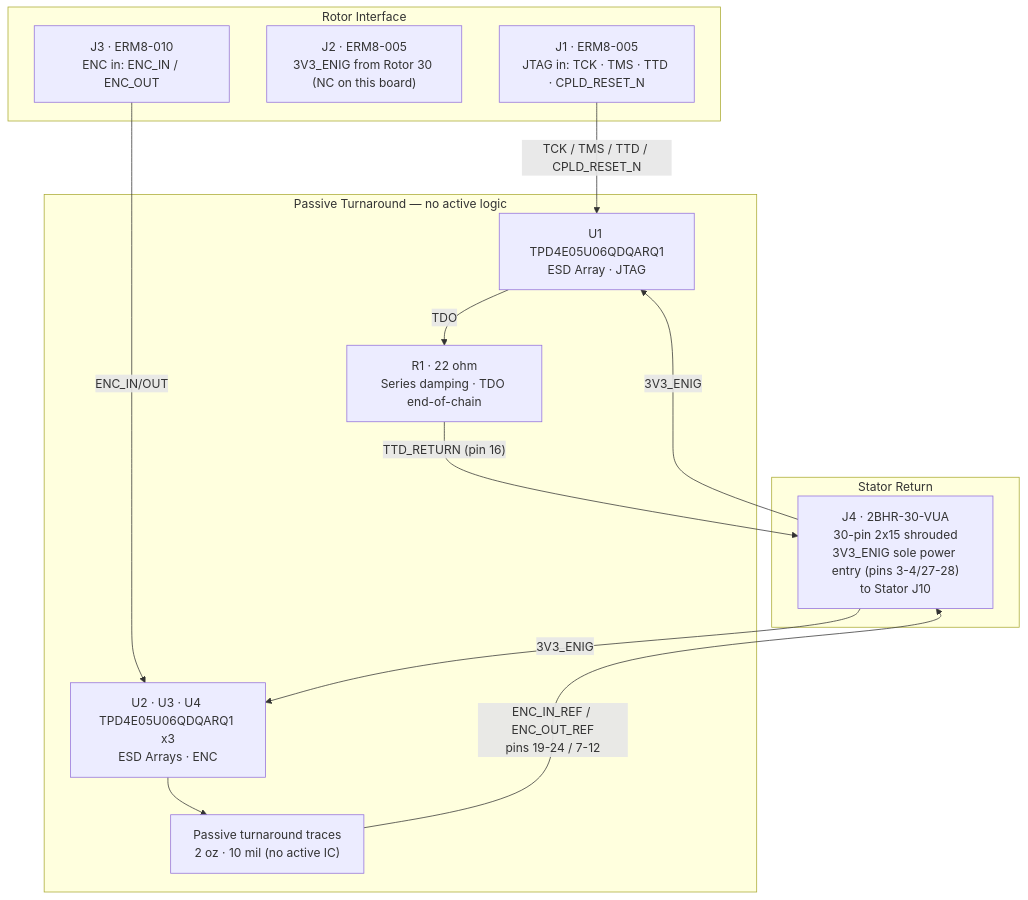
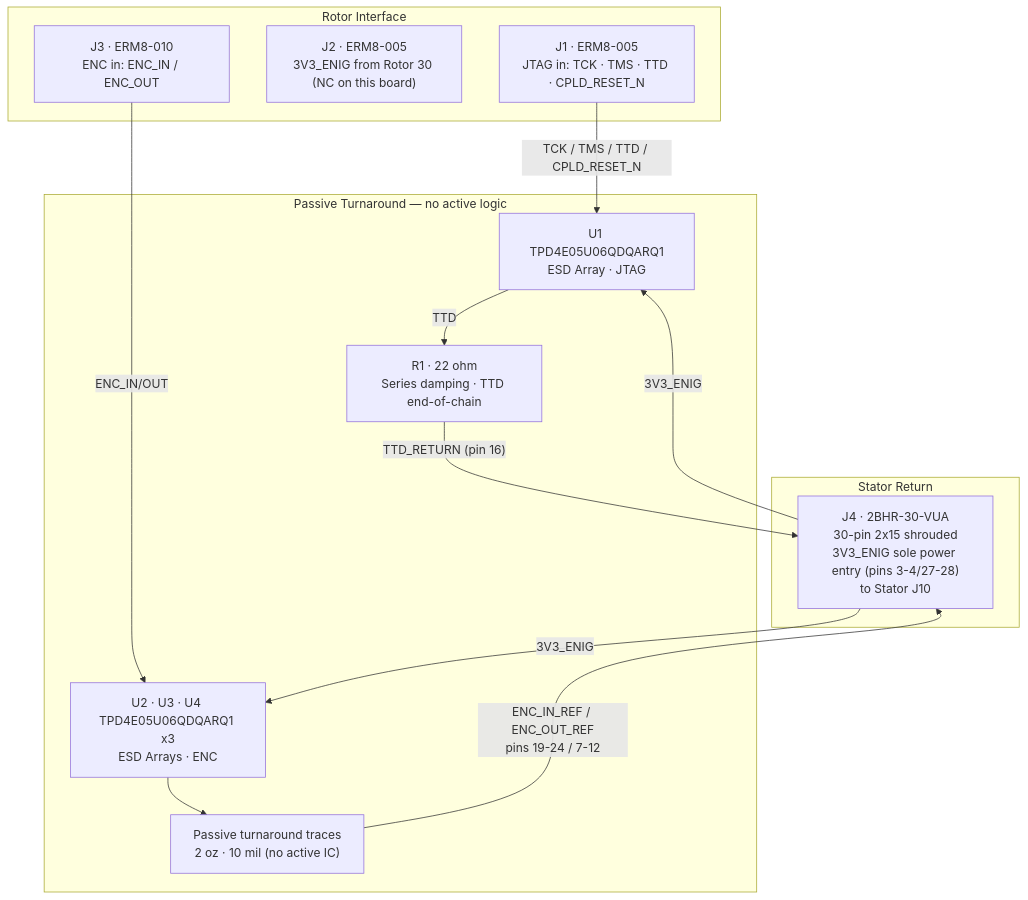
The diagram in design/Electronics/Reflector/Design_Spec.md (thepinkmile/Enigma-2026-AI), drawn with Mermaid before and after one commit. The commit also changed other lines of this file and 22 other files, not shown here.

````diff
--- a/design/Electronics/Reflector/Design_Spec.md
+++ b/design/Electronics/Reflector/Design_Spec.md
@@ -44,28 +44,28 @@
 ```mermaid
 flowchart TD
   subgraph RI["Rotor Interface"]
     J1["J1 · ERM8-005<br>JTAG in: TCK · TMS · TTD · CPLD_RESET_N"]
     J2["J2 · ERM8-005<br>3V3_ENIG from Rotor 30 (NC on this board)"]
     J3["J3 · ERM8-010<br>ENC in: ENC_IN / ENC_OUT"]
   end
 
   subgraph PT["Passive Turnaround — no active logic"]
     U1["U1 TPD4E05U06QDQARQ1<br>ESD Array · JTAG"]
-    R1["R1 · 22 ohm<br>Series damping · TDO end-of-chain"]
+    R1["R1 · 22 ohm<br>Series damping · TTD end-of-chain"]
     U2U4["U2 · U3 · U4 TPD4E05U06QDQARQ1 x3<br>ESD Arrays · ENC"]
     TT["Passive turnaround traces<br>2 oz · 10 mil (no active IC)"]
   end
 
   subgraph SR["Stator Return"]
     J4["J4 · 2BHR-30-VUA<br>30-pin 2x15 shrouded<br>3V3_ENIG sole power entry (pins 3-4/27-28)<br>to Stator J10"]
   end
 
   J1 -- "TCK / TMS / TTD / CPLD_RESET_N" --> U1
-  U1 -- "TDO" --> R1
+  U1 -- "TTD" --> R1
   R1 -- "TTD_RETURN (pin 16)" --> J4
   J3 -- "ENC_IN/OUT" --> U2U4
   U2U4 --> TT
   TT -- "ENC_IN_REF / ENC_OUT_REF<br>pins 19-24 / 7-12" --> J4
   J4 -- "3V3_ENIG" --> U1
   J4 -- "3V3_ENIG" --> U2U4
 ```
````
